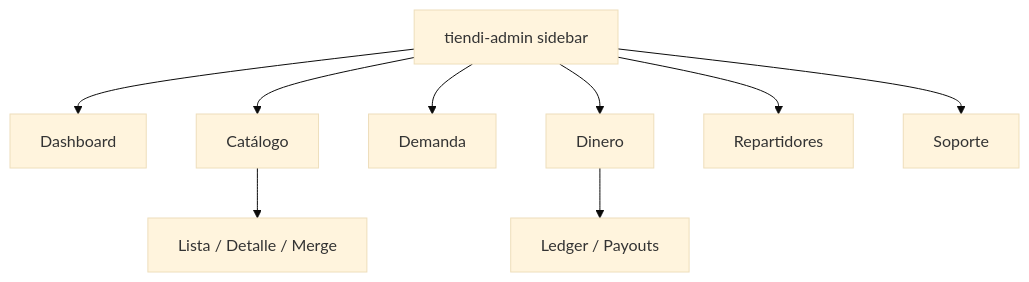
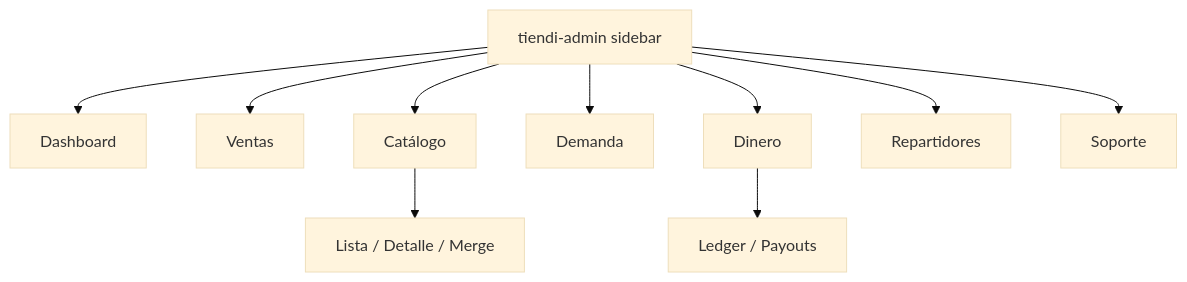
Before and after one commit to kanoso/ecommcerce-saas-sonet: the sixth of 10 diagrams in DOCS/TIENDI_ADMIN.md, drawn with Mermaid (base theme). The commit also changed other lines of this file and 1 other file, not shown here.

````diff
--- a/DOCS/TIENDI_ADMIN.md
+++ b/DOCS/TIENDI_ADMIN.md
@@ -383,12 +393,13 @@
 ```mermaid
 flowchart TD
     A["tiendi-admin sidebar"] --> B["Dashboard"]
+    A --> S["Ventas"]
     A --> C["Catálogo"]
     A --> D["Demanda"]
     A --> E["Dinero"]
     A --> F["Repartidores"]
     A --> G["Soporte"]
 
     C --> C1["Lista / Detalle / Merge"]
     E --> E1["Ledger / Payouts"]
 ```
````
